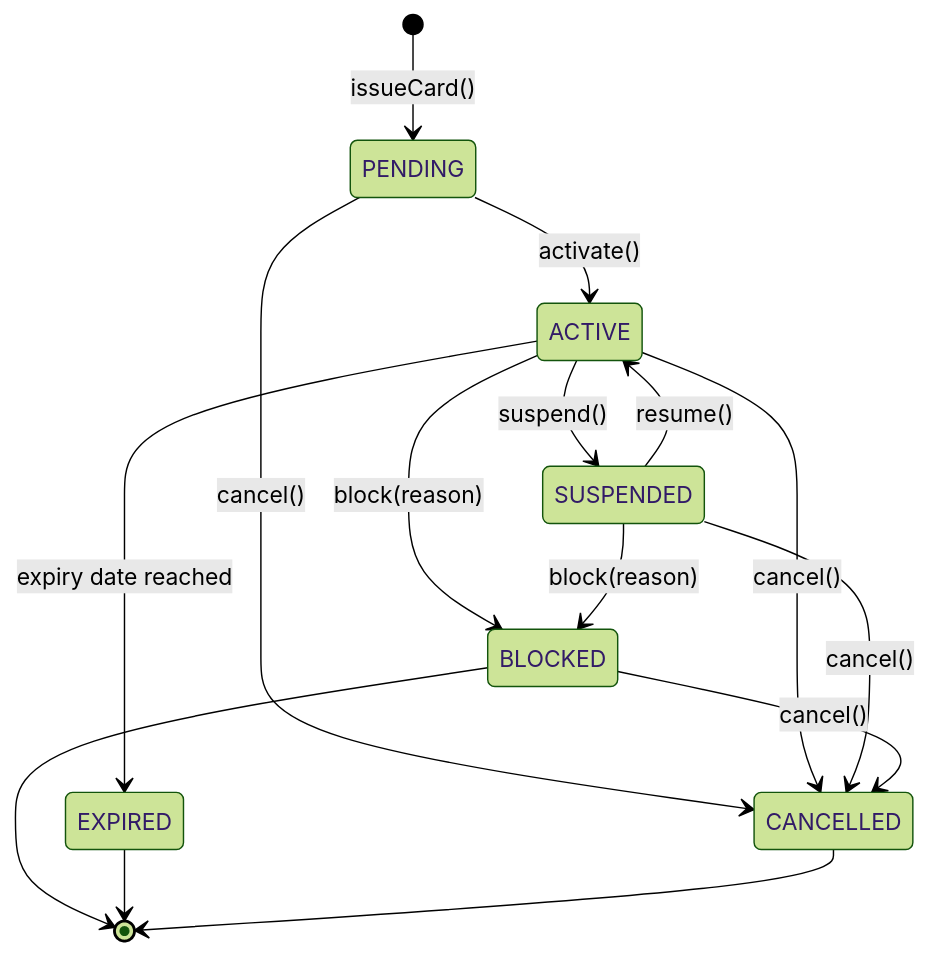
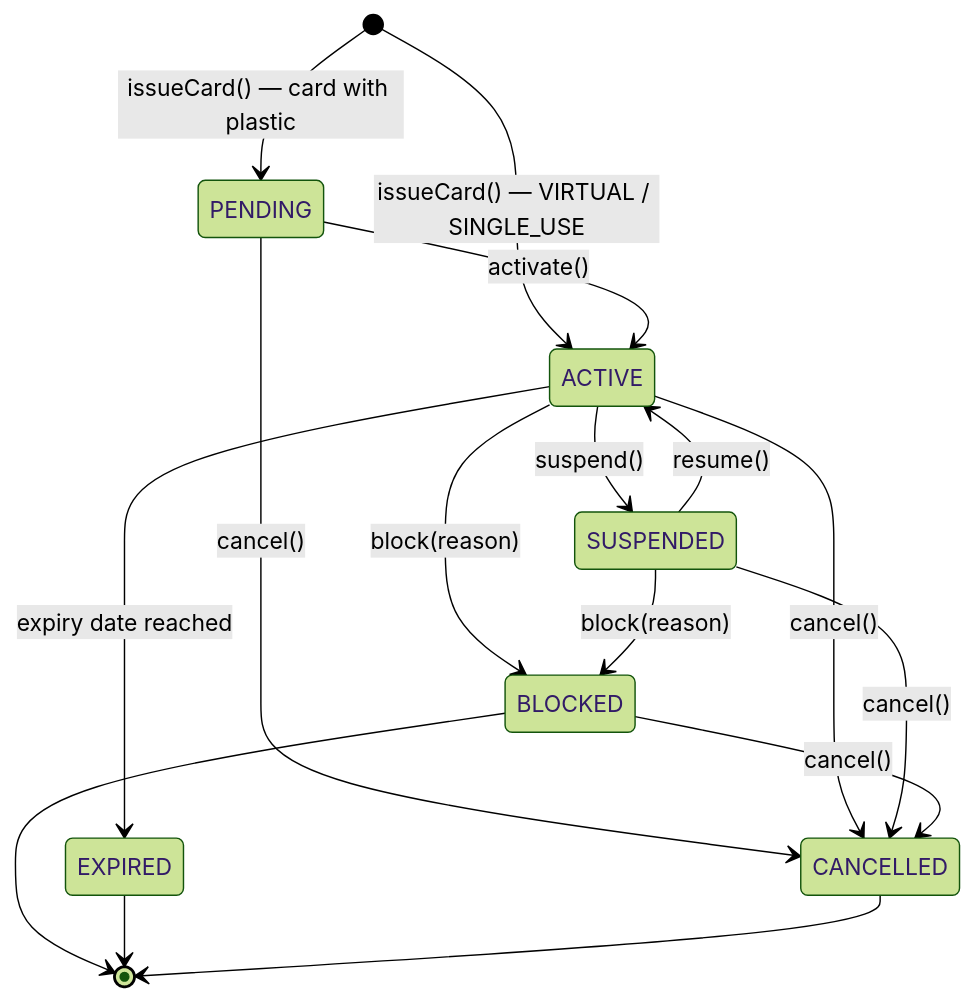
The diagram in openbank-card-issuance-service/src/main/resources/diagrams/03-card-lifecycle.mmd (JiRaska/open-bank-oss), drawn with Mermaid (forest theme) before and after one commit. The commit also changed 16 other files, not shown here.

First line of the commit message:
fix(cards): issue virtual cards ACTIVE and backfill the vault for pre-ADR-0194 cards

```diff
--- a/openbank-card-issuance-service/src/main/resources/diagrams/03-card-lifecycle.mmd
+++ b/openbank-card-issuance-service/src/main/resources/diagrams/03-card-lifecycle.mmd
@@ -1,17 +1,20 @@
 %% title: Card Lifecycle
 stateDiagram-v2
-    [*] --> PENDING : issueCard()
+    %% PENDING means "waiting for the plastic to be received"; a card with no plastic
+    %% (VIRTUAL / SINGLE_USE) has nothing to wait for and is issued ACTIVE directly.
+    [*] --> PENDING : issueCard() — card with plastic
+    [*] --> ACTIVE : issueCard() — VIRTUAL / SINGLE_USE
     PENDING --> ACTIVE : activate()
     ACTIVE --> SUSPENDED : suspend()
     SUSPENDED --> ACTIVE : resume()
     ACTIVE --> BLOCKED : block(reason)
     SUSPENDED --> BLOCKED : block(reason)
     ACTIVE --> EXPIRED : expiry date reached
     PENDING --> CANCELLED : cancel()
     ACTIVE --> CANCELLED : cancel()
     SUSPENDED --> CANCELLED : cancel()
     %% a lost card (BLOCKED) that the customer then closes
     BLOCKED --> CANCELLED : cancel()
     BLOCKED --> [*]
     EXPIRED --> [*]
     CANCELLED --> [*]
```
